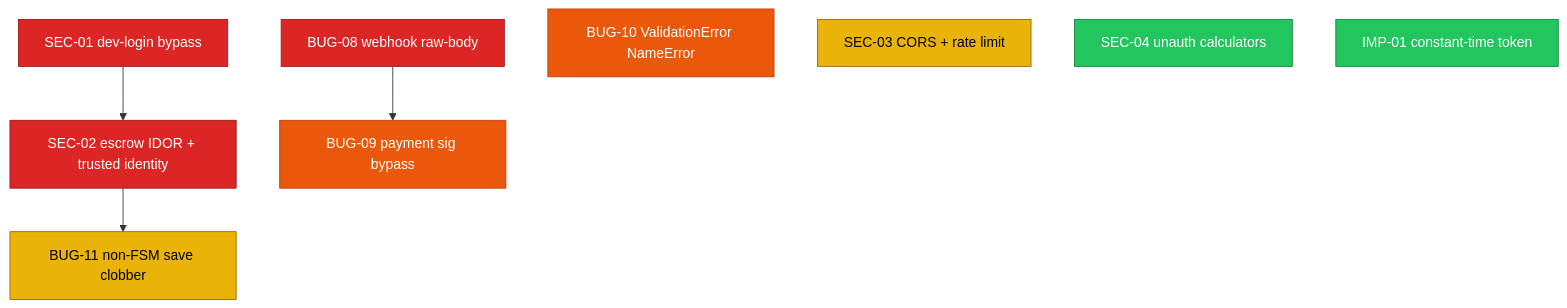
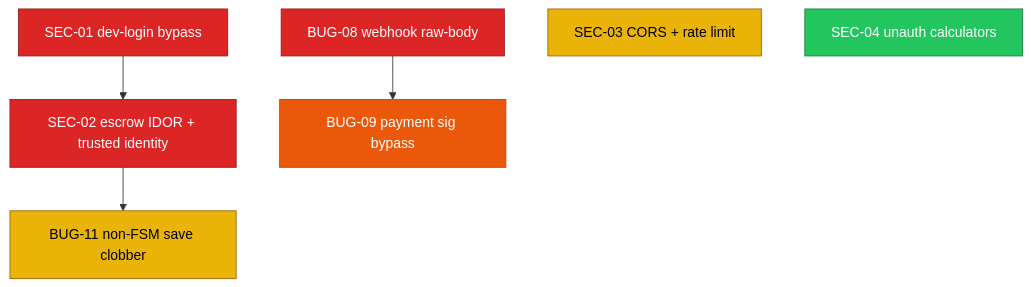
The diagram in docs/stories/README.md (FixFlow-AI/FixFlow-AI-web), drawn with Mermaid before and after one commit. The commit also changed other lines of this file and 19 other files, not shown here.

````diff
--- a/docs/stories/README.md
+++ b/docs/stories/README.md
@@ -69,21 +69,19 @@
 ```mermaid
 flowchart TD
     classDef crit fill:#dc2626,stroke:#991b1b,color:#fff
     classDef high fill:#ea580c,stroke:#c2410c,color:#fff
     classDef med fill:#eab308,stroke:#a16207,color:#000
     classDef low fill:#22c55e,stroke:#15803d,color:#fff
 
     SEC01["SEC-01 dev-login bypass"]:::crit
     SEC02["SEC-02 escrow IDOR + trusted identity"]:::crit
     BUG08["BUG-08 webhook raw-body"]:::crit
     BUG09["BUG-09 payment sig bypass"]:::high
-    BUG10["BUG-10 ValidationError NameError"]:::high
     BUG11["BUG-11 non-FSM save clobber"]:::med
     SEC03["SEC-03 CORS + rate limit"]:::med
     SEC04["SEC-04 unauth calculators"]:::low
-    IMP01["IMP-01 constant-time token"]:::low
 
     SEC01 --> SEC02
     BUG08 --> BUG09
     SEC02 --> BUG11
 ```
````
